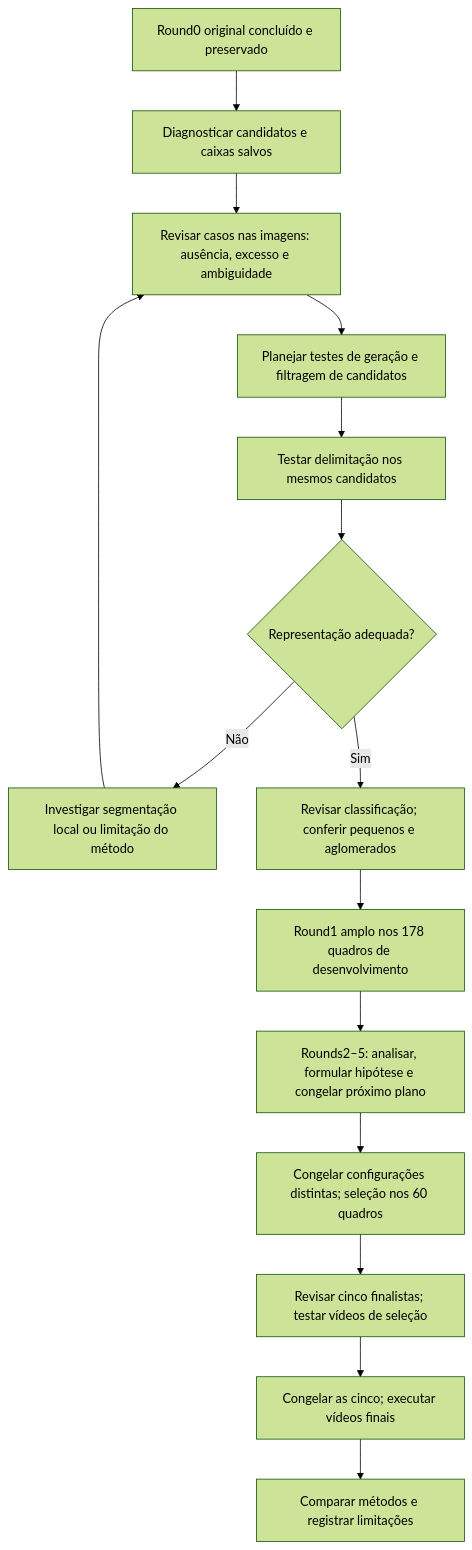
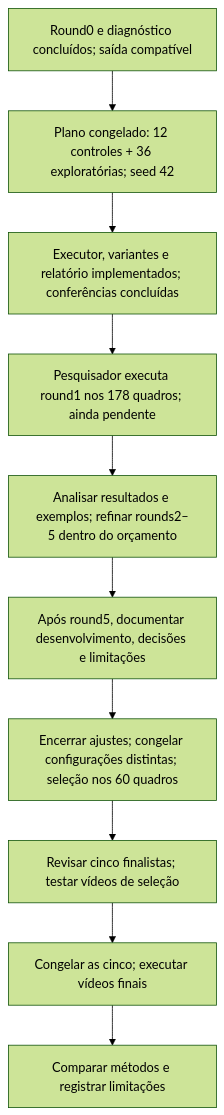
Before and after one commit to LeandroJerse/visem-sperm-tracking: the diagram in analise/plano_diagnostico_blobs.md, drawn with Mermaid (forest theme). The commit also changed other lines of this file and 155 other files, not shown here.

````diff
--- a/analise/plano_diagnostico_blobs.md
+++ b/analise/plano_diagnostico_blobs.md
@@ -55,17 +74,12 @@
 ```mermaid
 flowchart TD
-    A["Round0 original concluído e preservado"] --> B["Diagnosticar candidatos e caixas salvos"]
-    B --> C["Revisar casos nas imagens: ausência, excesso e ambiguidade"]
-    C --> D["Planejar testes de geração e filtragem de candidatos"]
-    D --> E["Testar delimitação nos mesmos candidatos"]
-    E --> F{"Representação adequada?"}
-    F -->|Não| G["Investigar segmentação local ou limitação do método"]
-    G --> C
-    F -->|Sim| H["Revisar classificação; conferir pequenos e aglomerados"]
-    H --> I["Round1 amplo nos 178 quadros de desenvolvimento"]
-    I --> J["Rounds2–5: analisar, formular hipótese e congelar próximo plano"]
-    J --> K["Congelar configurações distintas; seleção nos 60 quadros"]
+    A["Round0 e diagnóstico concluídos; saída compatível"] --> B["Plano congelado: 12 controles + 36 exploratórias; seed 42"]
+    B --> C["Executor, variantes e relatório implementados; conferências concluídas"]
+    C --> I["Pesquisador executa round1 nos 178 quadros; ainda pendente"]
+    I --> J["Analisar resultados e exemplos; refinar rounds2–5 dentro do orçamento"]
+    J --> R["Após round5, documentar desenvolvimento, decisões e limitações"]
+    R --> K["Encerrar ajustes; congelar configurações distintas; seleção nos 60 quadros"]
     K --> L["Revisar cinco finalistas; testar vídeos de seleção"]
     L --> M["Congelar as cinco; executar vídeos finais"]
     M --> N["Comparar métodos e registrar limitações"]
 ```
````
